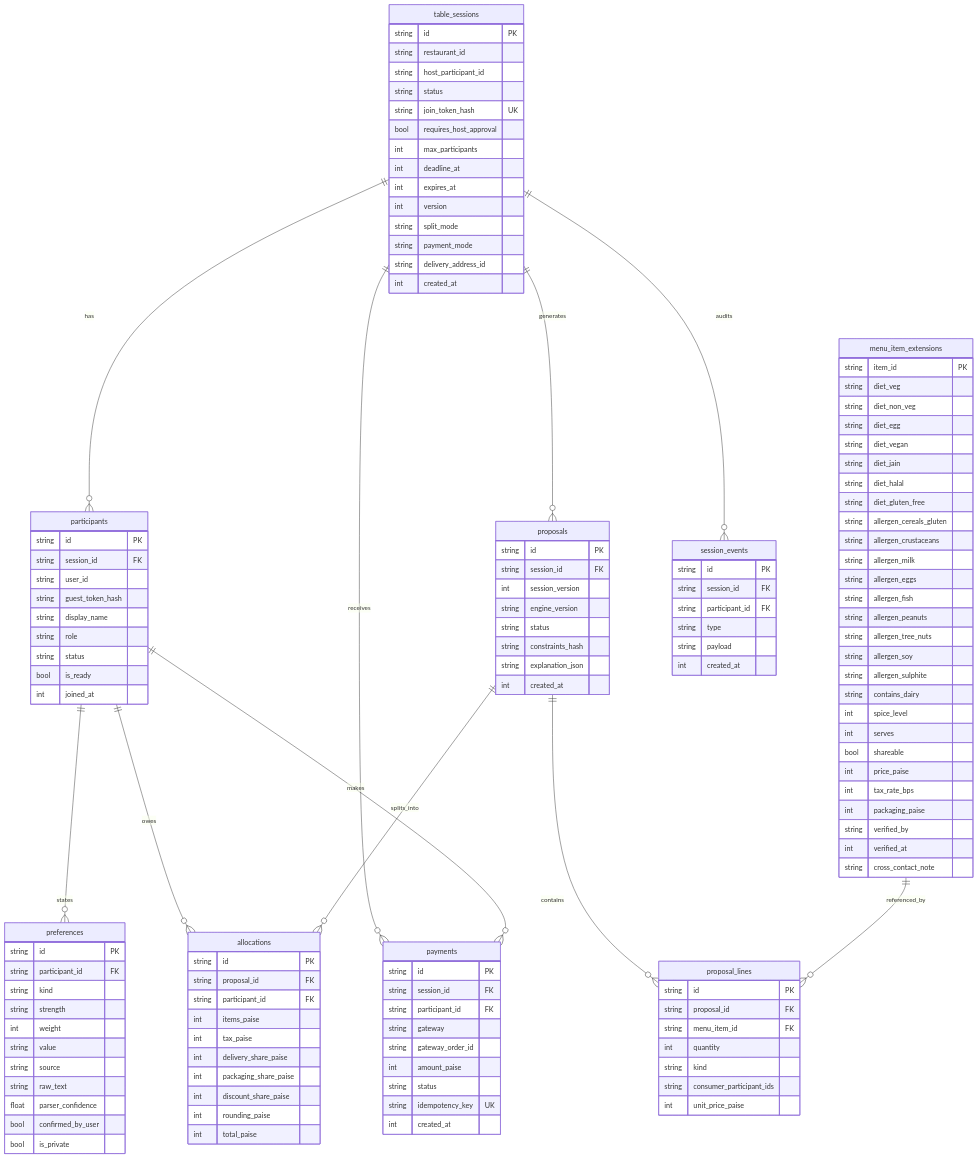
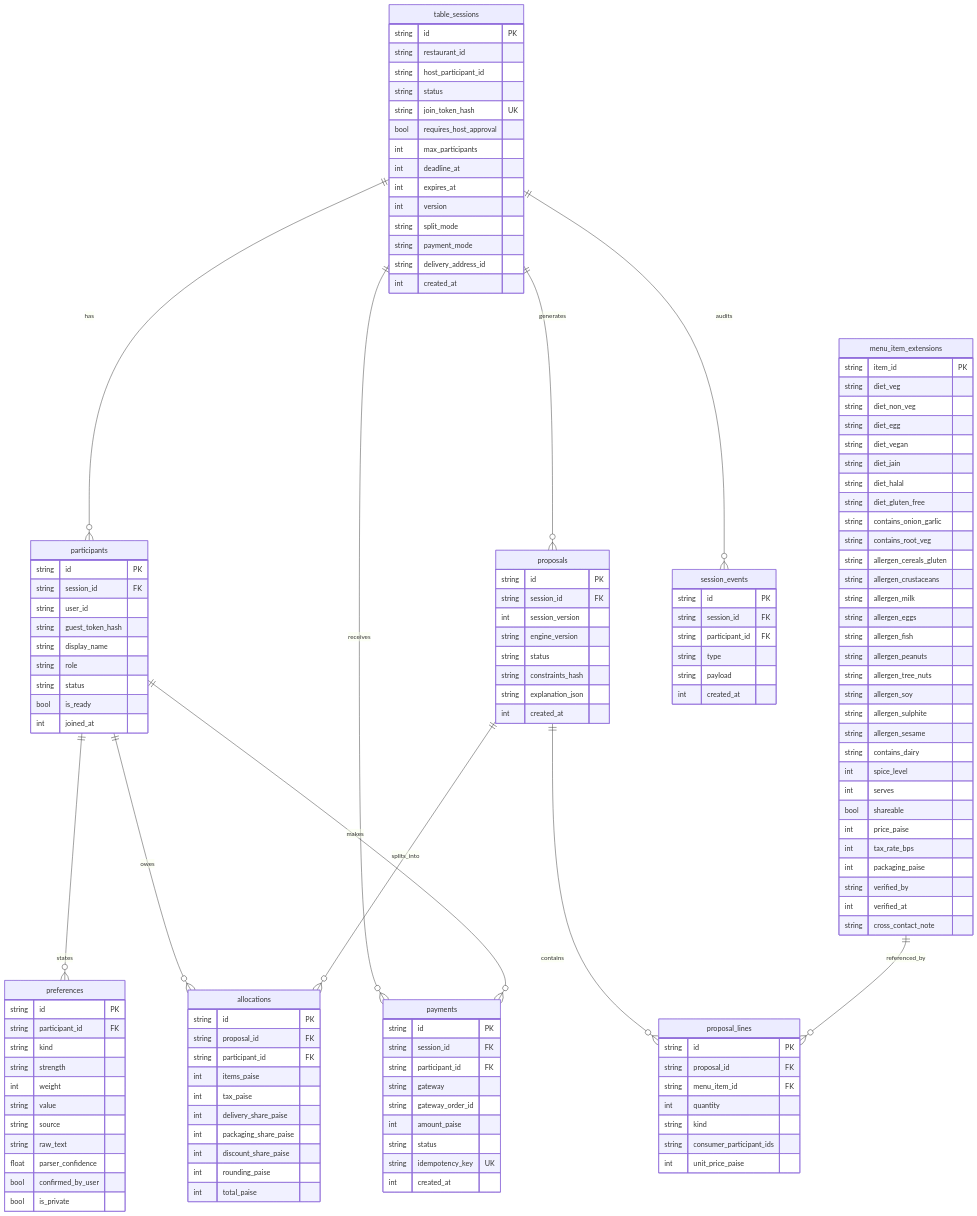
Before and after one commit to harsh567work-patel/Hotel_Managment_using_LangGragh: the diagram in docs/table-split/DATA_MODEL.md, drawn with Mermaid. The commit also changed other lines of this file and 10 other files, not shown here.

```diff
--- a/docs/table-split/DATA_MODEL.md
+++ b/docs/table-split/DATA_MODEL.md
@@ -44,6 +53,8 @@
         string diet_jain
         string diet_halal
         string diet_gluten_free
+        string contains_onion_garlic
+        string contains_root_veg
         string allergen_cereals_gluten
         string allergen_crustaceans
         string allergen_milk
@@ -53,6 +64,7 @@
         string allergen_tree_nuts
         string allergen_soy
         string allergen_sulphite
+        string allergen_sesame
         string contains_dairy
         int spice_level
         int serves
```
